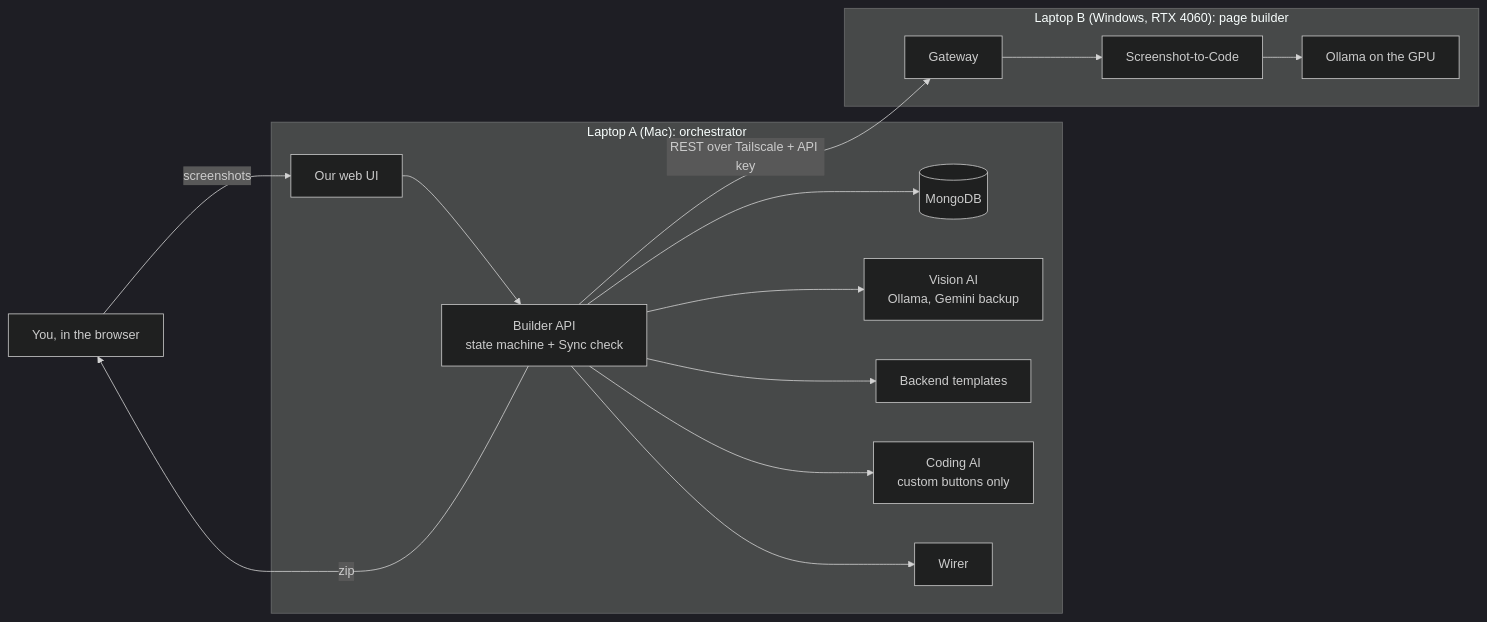
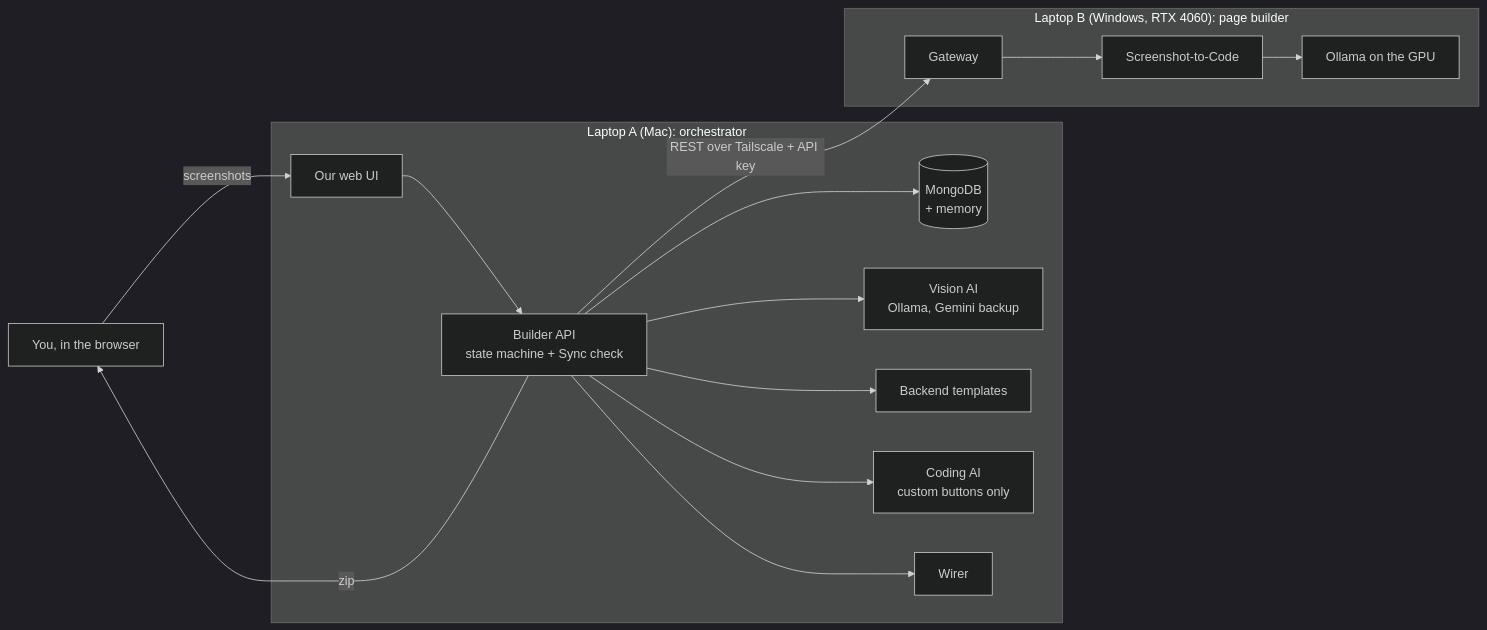
The diagram in README.md (vishesh2305/AndarKaCode), drawn with Mermaid (dark theme) before and after one commit. The commit also changed other lines of this file and 2 other files, not shown here.

Commit message:
docs: Step 14 evidence report, README (memory: what is kept, when it is reused, Start fresh, Clear memory, restart after git pull, counts, troubleshooting), plan (Step 14 done on the Mac; current step 17)

````diff
--- a/README.md
+++ b/README.md
@@ -56,17 +57,17 @@
 ```mermaid
 flowchart LR
     U[You, in the browser] -->|screenshots| UI[Our web UI]
     subgraph A["Laptop A (Mac): orchestrator"]
         UI --> API[Builder API<br/>state machine + Sync check]
-        API --> DB[(MongoDB)]
+        API --> DB[(MongoDB<br/>+ memory)]
         API --> V[Vision AI<br/>Ollama, Gemini backup]
         API --> T[Backend templates]
         API --> C[Coding AI<br/>custom buttons only]
         API --> W[Wirer]
     end
     subgraph B["Laptop B (Windows, RTX 4060): page builder"]
         GW[Gateway] --> S2C[Screenshot-to-Code] --> O[Ollama on the GPU]
     end
     API -->|REST over Tailscale + API key| GW
     API -->|zip| U
 ```
````
